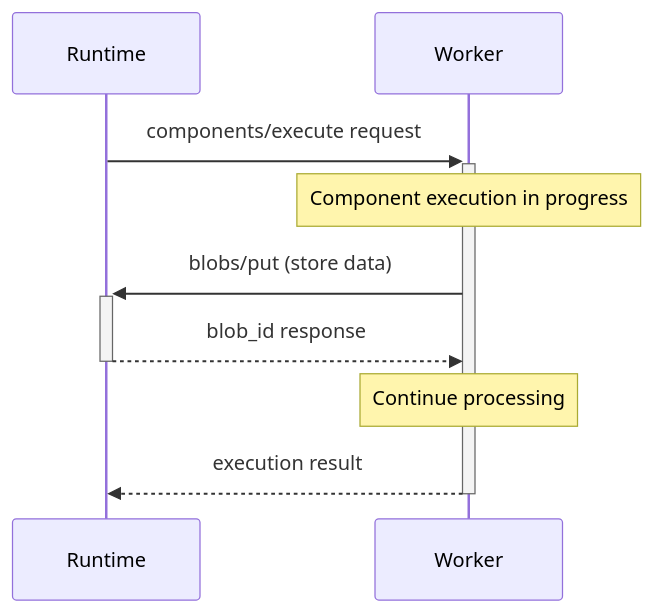
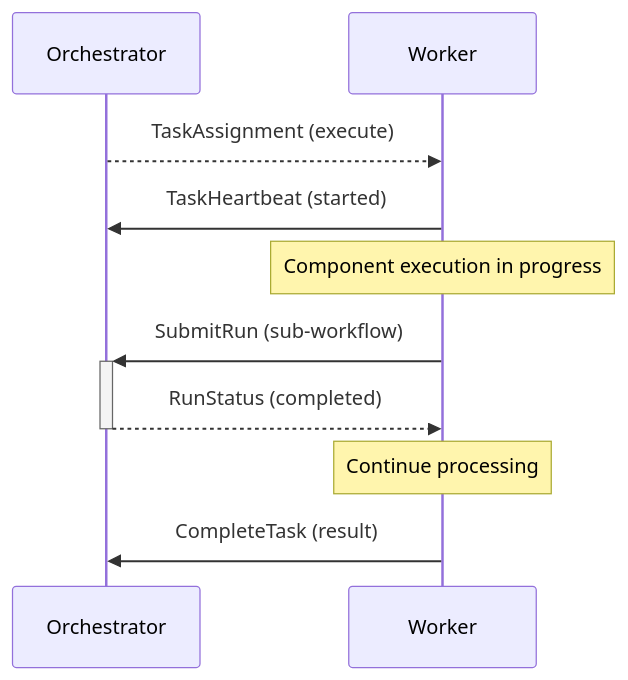
The third of 3 diagrams in docs/docs/protocol/methods/components.md (stepflow-ai/stepflow), drawn with Mermaid before and after one commit. The commit also changed other lines of this file and 28 other files, not shown here.

First line of the commit message:
docs: Update documentation for gRPC-first architecture

````diff
--- a/docs/docs/protocol/methods/components.md
+++ b/docs/docs/protocol/methods/components.md
@@ -220,15 +139,16 @@
 ```mermaid
 sequenceDiagram
-    participant R as Runtime
-    participant S as Worker
+    participant O as Orchestrator
+    participant W as Worker
 
-    R->>+S: components/execute request
-    Note over S: Component execution in progress
+    O-->>W: TaskAssignment (execute)
+    W->>O: TaskHeartbeat (started)
+    Note over W: Component execution in progress
 
-    S->>+R: blobs/put (store data)
-    R-->>-S: blob_id response
+    W->>+O: SubmitRun (sub-workflow)
+    O-->>-W: RunStatus (completed)
 
-    Note over S: Continue processing
+    Note over W: Continue processing
 
-    S-->>-R: execution result
+    W->>O: CompleteTask (result)
 ```
````
